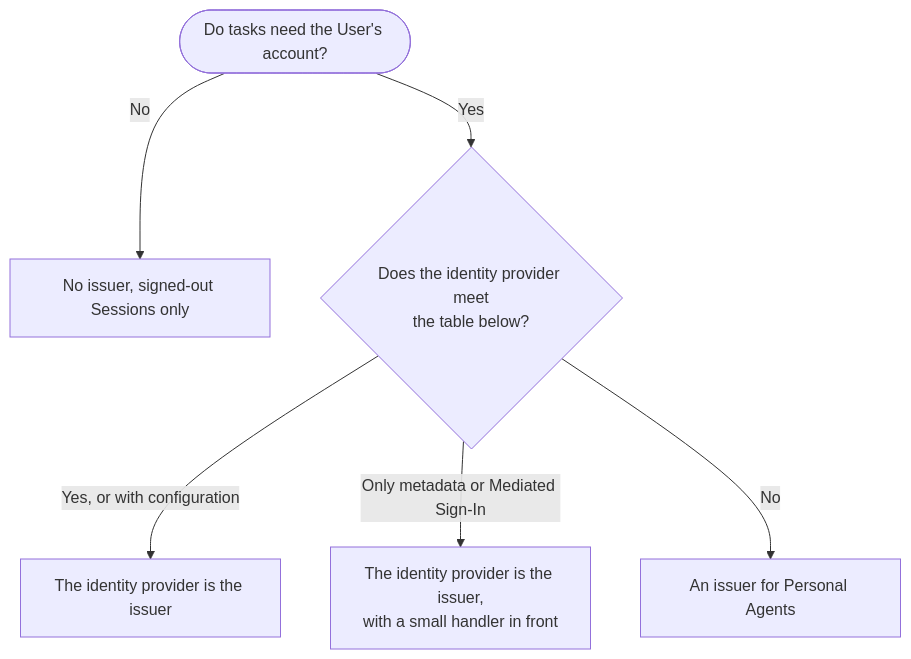
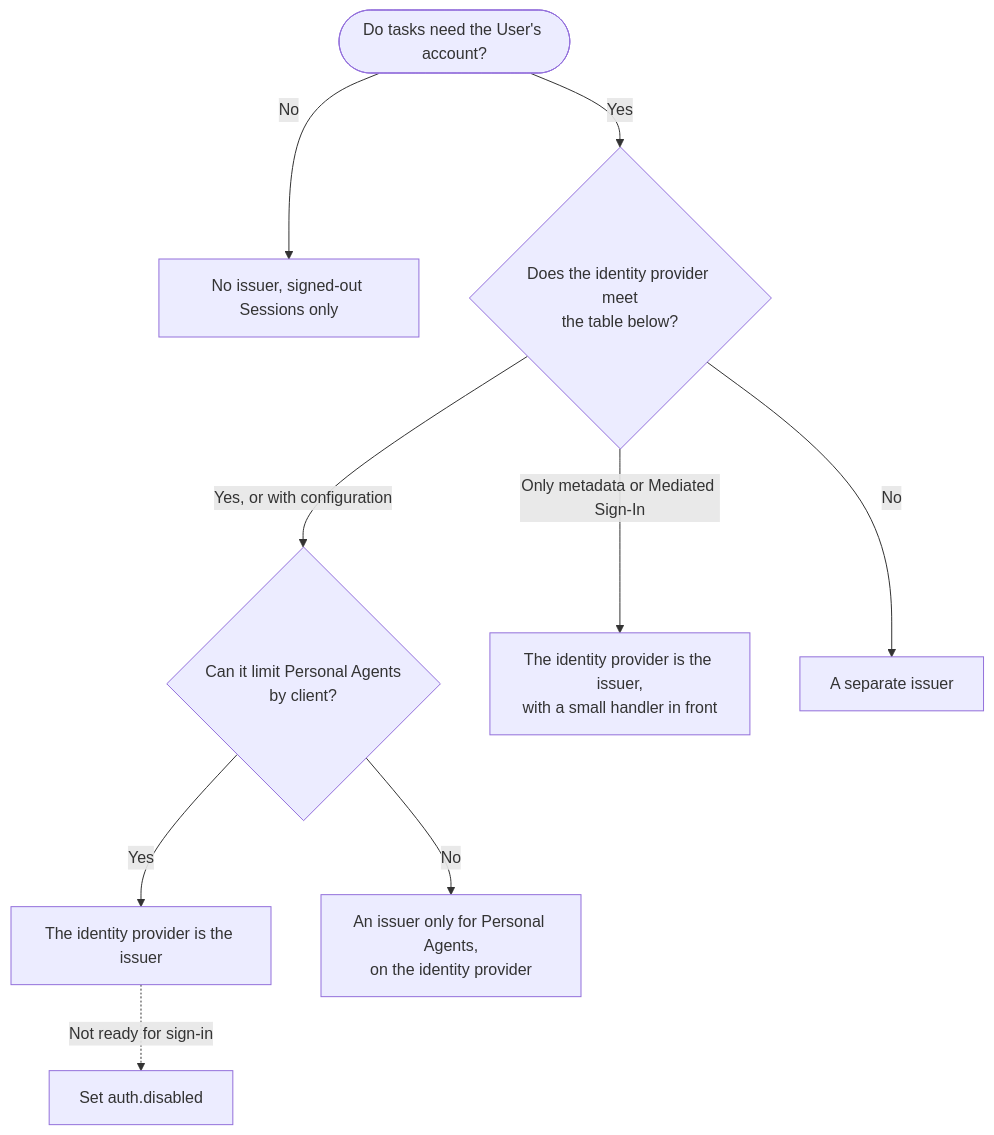
Before and after one commit to gaokevin1/personal-agent-protocol: the first of 8 diagrams in kit/company/patterns/identity-provider.md, drawn with Mermaid. The commit also changed other lines of this file and 5 other files, not shown here.

````diff
--- a/kit/company/patterns/identity-provider.md
+++ b/kit/company/patterns/identity-provider.md
@@ -15,8 +20,11 @@
 ```mermaid
 flowchart TD
   start([Do tasks need the User's account?]) -->|No| none[No issuer, signed-out Sessions only]
   start -->|Yes| gaps{Does the identity provider meet<br/>the table below?}
-  gaps -->|Yes, or with configuration| idp[The identity provider is the issuer]
+  gaps -->|Yes, or with configuration| limit{Can it limit Personal Agents<br/>by client?}
+  limit -->|Yes| idp[The identity provider is the issuer]
+  limit -->|No| sub[An issuer only for Personal Agents,<br/>on the identity provider]
   gaps -->|Only metadata or Mediated Sign-In| shim[The identity provider is the issuer,<br/>with a small handler in front]
-  gaps -->|No| agent[An issuer for Personal Agents]
+  gaps -->|No| agent[A separate issuer]
+  idp -.->|Not ready for sign-in| disabled[Set auth.disabled]
 ```
````
